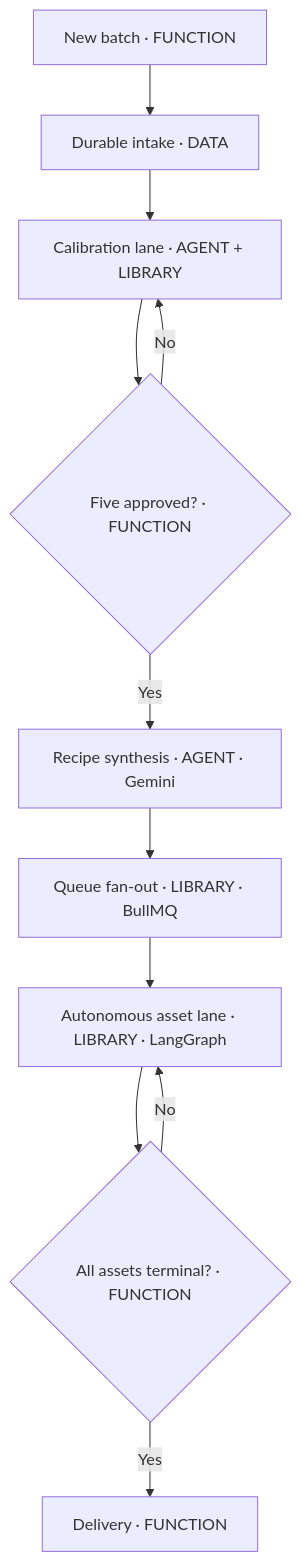
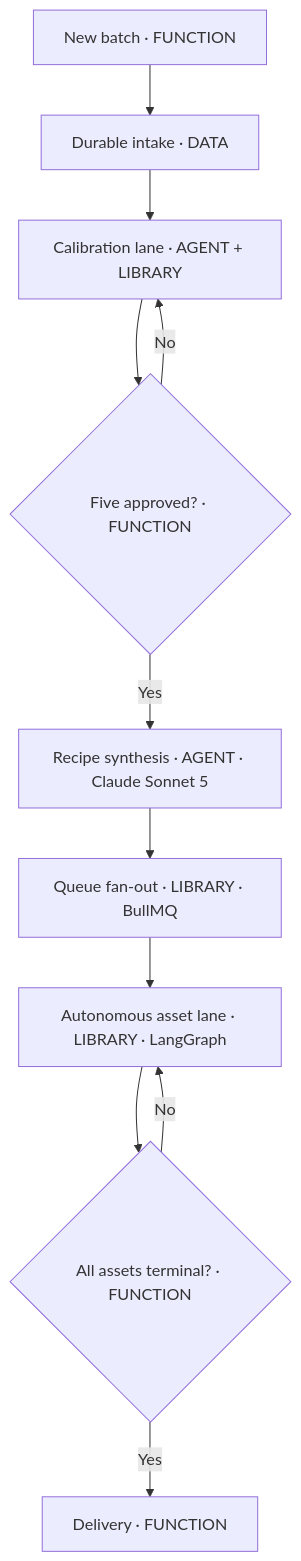
One commit to APareek89/creative-qc-agent changed the first of 3 diagrams in docs/ARCHITECTURE_FLOW.md. Above: the diagram before and after it, drawn with Mermaid. The commit also changed other lines of this file and 31 other files, not shown here.

Commit message:
feat: replace Gemini with Claude and fal VLM QC

````diff
--- a/docs/ARCHITECTURE_FLOW.md
+++ b/docs/ARCHITECTURE_FLOW.md
@@ -7,13 +7,13 @@
 ```mermaid
 flowchart TD
   A["New batch · FUNCTION"] --> B["Durable intake · DATA"]
   B --> C["Calibration lane · AGENT + LIBRARY"]
   C --> D{"Five approved? · FUNCTION"}
   D -->|"No"| C
-  D -->|"Yes"| E["Recipe synthesis · AGENT · Gemini"]
+  D -->|"Yes"| E["Recipe synthesis · AGENT · Claude Sonnet 5"]
   E --> F["Queue fan-out · LIBRARY · BullMQ"]
   F --> G["Autonomous asset lane · LIBRARY · LangGraph"]
   G --> H{"All assets terminal? · FUNCTION"}
   H -->|"No"| G
   H -->|"Yes"| I["Delivery · FUNCTION"]
 ```
````
